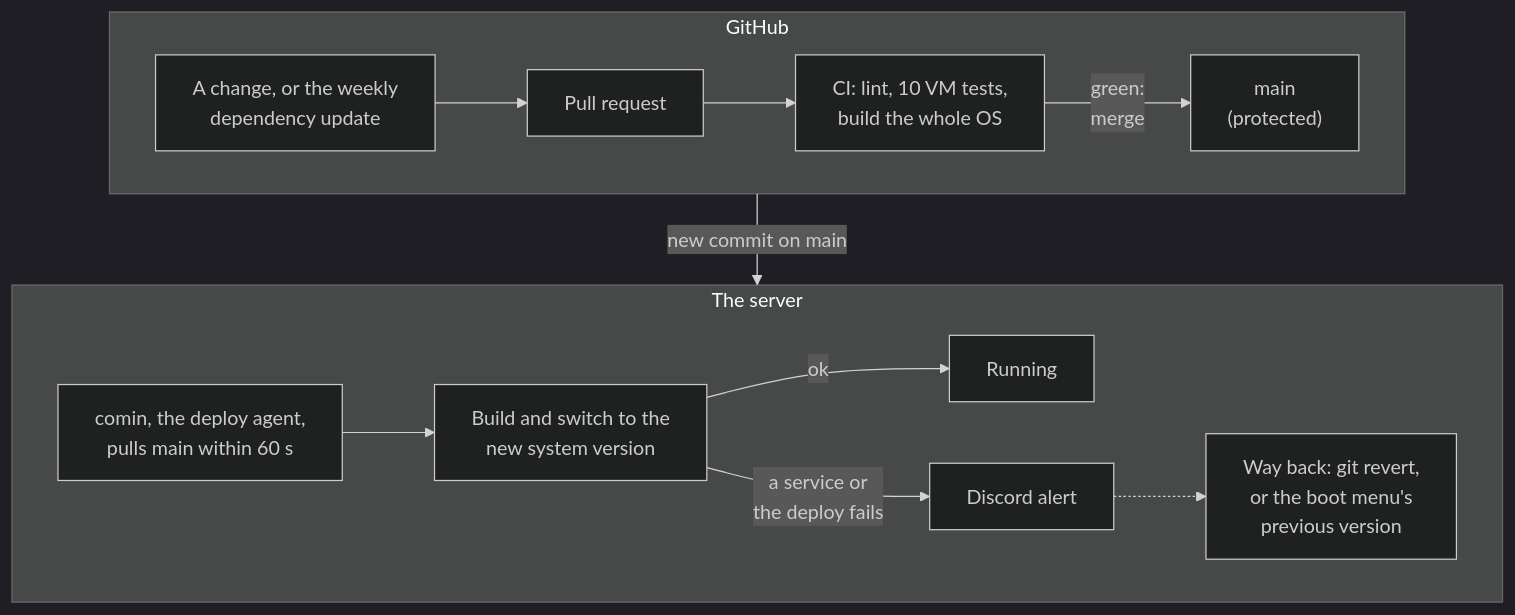
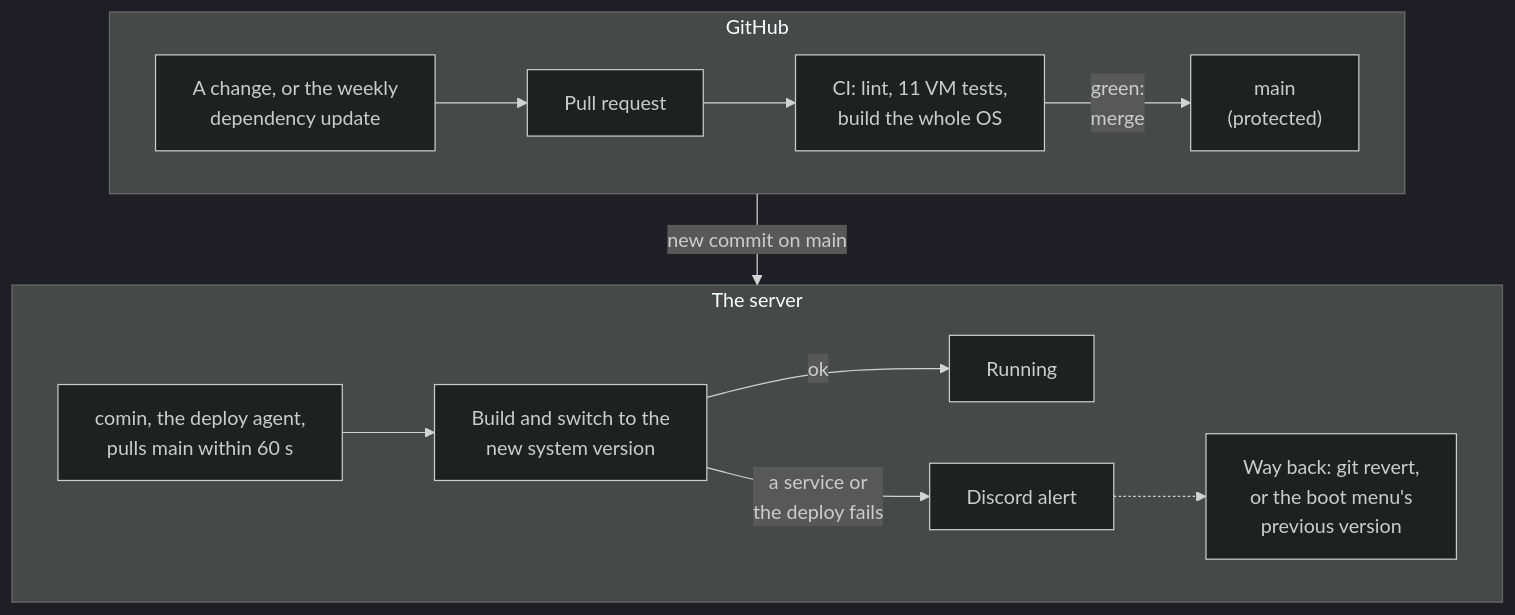
One commit to alexCranfield/nixos-homeserver changed the first of 2 diagrams in README.md. Above: the diagram before and after it, drawn with Mermaid (dark theme). The commit also changed other lines of this file and 10 other files, not shown here.

````diff
--- a/README.md
+++ b/README.md
@@ -17,22 +17,22 @@
 ```mermaid
 flowchart TD
     subgraph github["GitHub"]
         direction LR
         bot["A change, or the weekly<br/>dependency update"]
         pr["Pull request"]
-        ci["CI: lint, 10 VM tests,<br/>build the whole OS"]
+        ci["CI: lint, 11 VM tests,<br/>build the whole OS"]
         main["main<br/>(protected)"]
         bot --> pr --> ci -->|"green:<br/>merge"| main
     end
     subgraph nuc["The server"]
         direction LR
         comin["comin, the deploy agent,<br/>pulls main within 60 s"]
         switch["Build and switch to the<br/>new system version"]
         running["Running"]
         alert["Discord alert"]
         back["Way back: git revert,<br/>or the boot menu's<br/>previous version"]
         comin --> switch -->|ok| running
         switch -->|"a service or<br/>the deploy fails"| alert -.-> back
     end
     github -->|"new commit on main"| nuc
 ```
````
